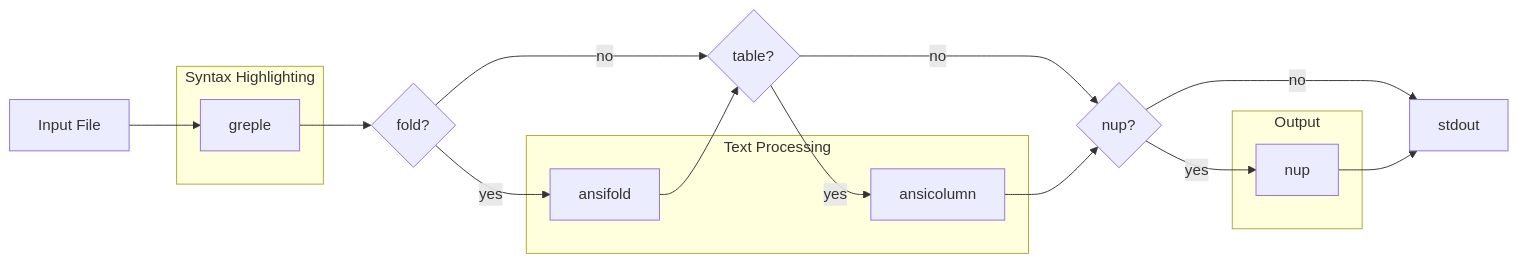
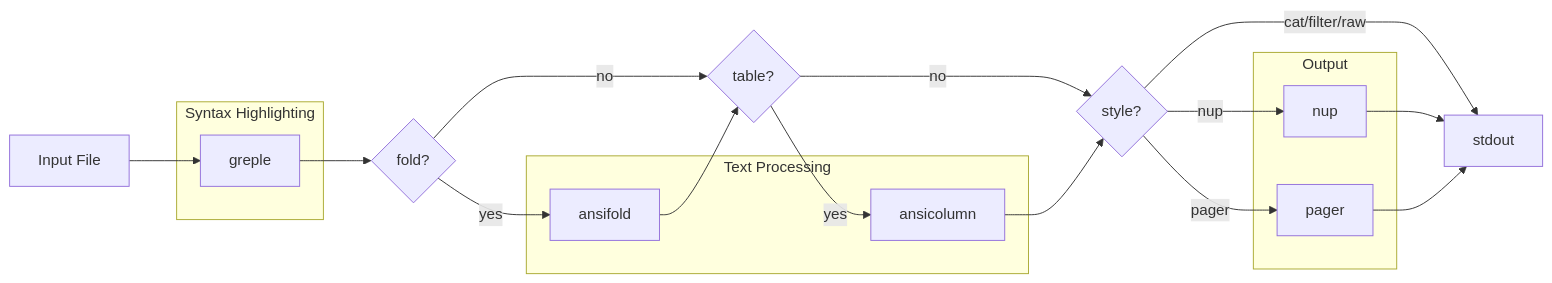
One commit to tecolicom/App-mdee changed the diagram in CLAUDE.md. Above: the diagram before and after it, drawn with Mermaid. The commit also changed other lines of this file, not shown here.

````diff
--- a/CLAUDE.md
+++ b/CLAUDE.md
@@ -64,25 +66,28 @@
 ```mermaid
 flowchart LR
     A[Input File] --> B[greple]
     B --> C{fold?}
     C -->|yes| D[ansifold]
     C -->|no| E{table?}
     D --> E
     E -->|yes| F[ansicolumn]
-    E -->|no| G{nup?}
+    E -->|no| G{style?}
     F --> G
-    G -->|yes| H[nup]
-    G -->|no| I[stdout]
+    G -->|nup| H[nup]
+    G -->|pager| J[pager]
+    G -->|cat/filter/raw| I[stdout]
     H --> I
+    J --> I
 
     subgraph "Syntax Highlighting"
         B
     end
     subgraph "Text Processing"
         D
         F
     end
     subgraph "Output"
         H
+        J
     end
 ```
````
